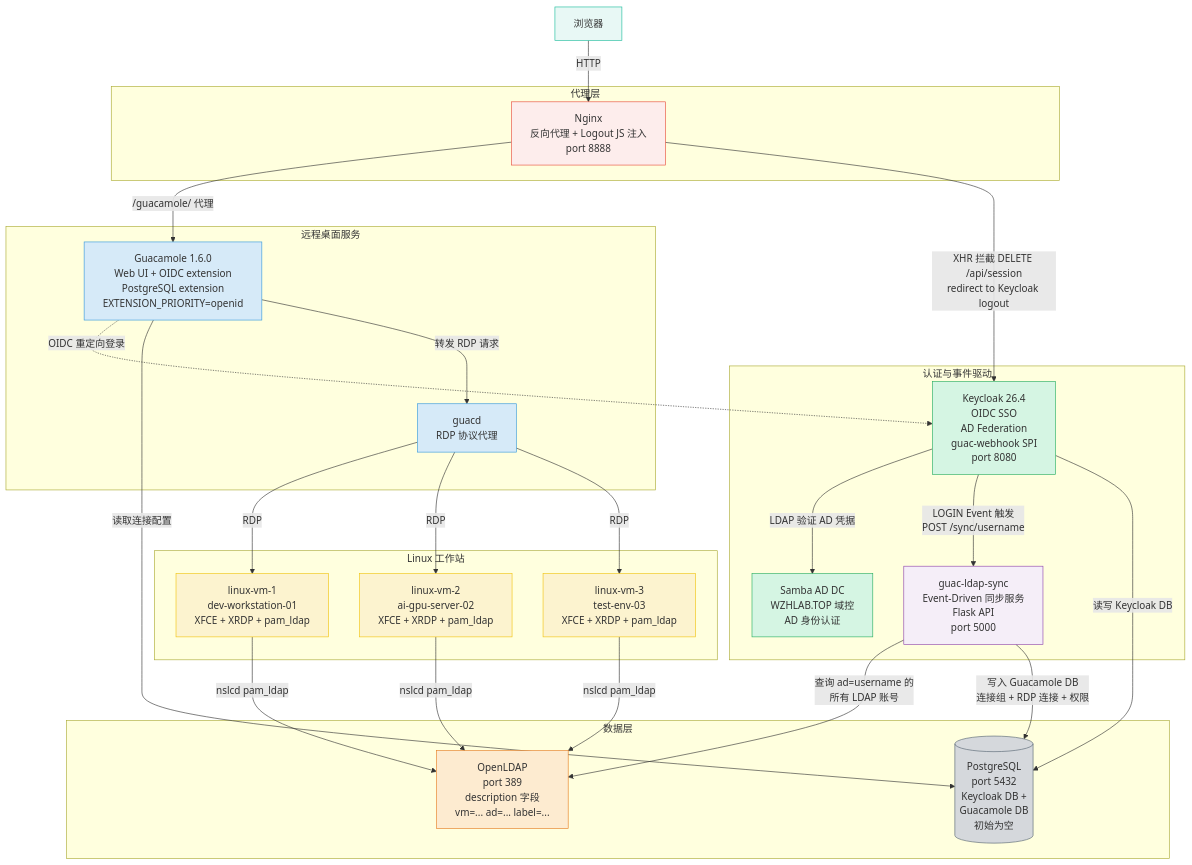
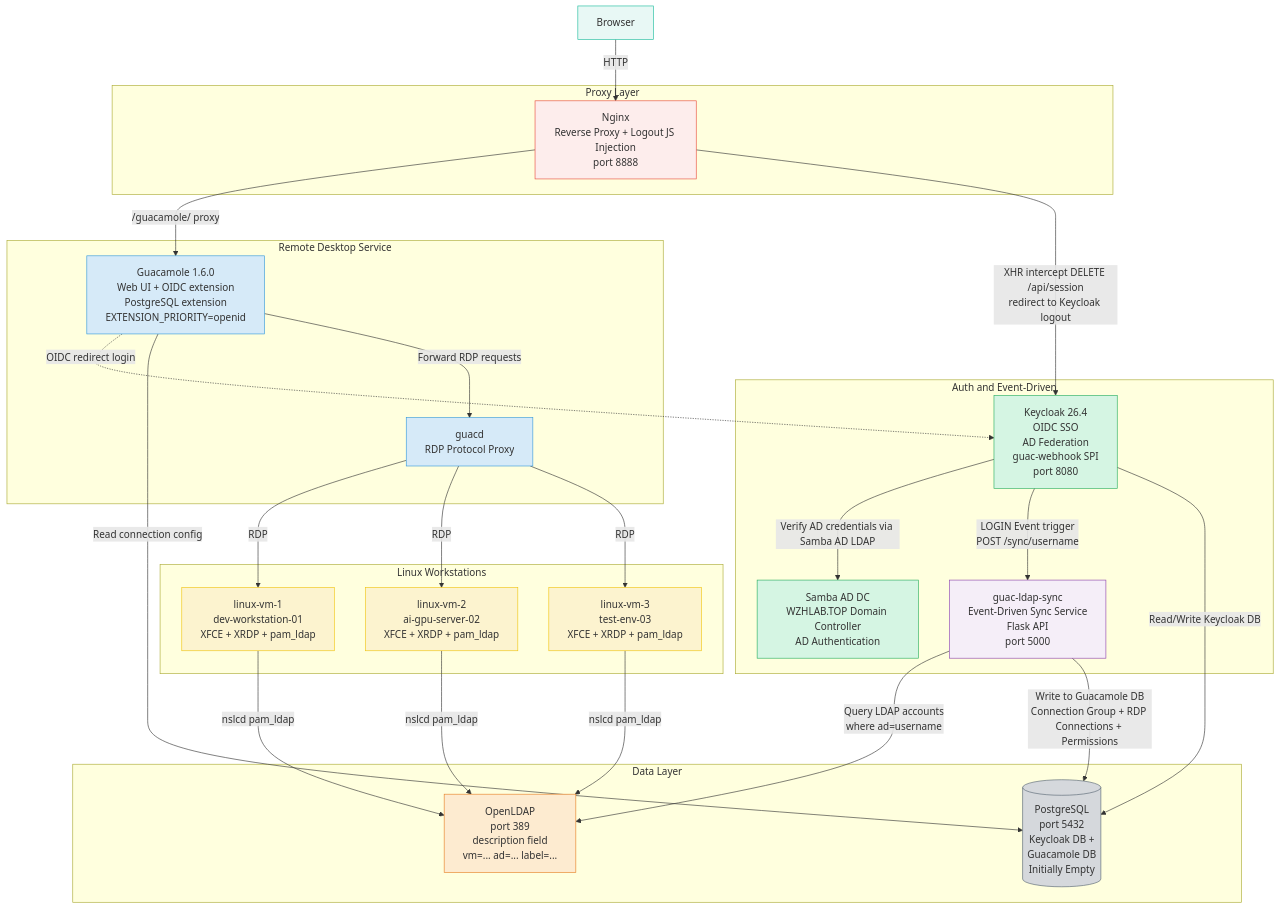
The diagram in redhat/notes/2026/2026.03.rhbk.ad.demo.deploy.en.md (wangzheng422/docker_env), drawn with Mermaid before and after one commit. The commit also changed other lines of this file, not shown here.

Commit message:
docs: translate RHBK+AD+Guacamole deployment guide from Chinese to English

````diff
--- a/redhat/notes/2026/2026.03.rhbk.ad.demo.deploy.en.md
+++ b/redhat/notes/2026/2026.03.rhbk.ad.demo.deploy.en.md
@@ -44,62 +44,62 @@
 ```mermaid
 flowchart TB
-    Browser[浏览器]
+    Browser[Browser]
 
-    subgraph 代理层
-        Nginx[Nginx<br/>反向代理 + Logout JS 注入<br/>port 8888]
+    subgraph Proxy Layer
+        Nginx[Nginx<br/>Reverse Proxy + Logout JS Injection<br/>port 8888]
     end
 
-    subgraph 远程桌面服务
+    subgraph Remote Desktop Service
         Guacamole[Guacamole 1.6.0<br/>Web UI + OIDC extension<br/>PostgreSQL extension<br/>EXTENSION_PRIORITY=openid]
-        Guacd[guacd<br/>RDP 协议代理]
+        Guacd[guacd<br/>RDP Protocol Proxy]
     end
 
-    subgraph 认证与事件驱动
+    subgraph Auth and Event-Driven
         Keycloak[Keycloak 26.4<br/>OIDC SSO<br/>AD Federation<br/>guac-webhook SPI<br/>port 8080]
-        SambaAD[Samba AD DC<br/>WZHLAB.TOP 域控<br/>AD 身份认证]
-        Sync[guac-ldap-sync<br/>Event-Driven 同步服务<br/>Flask API<br/>port 5000]
+        SambaAD[Samba AD DC<br/>WZHLAB.TOP Domain Controller<br/>AD Authentication]
+        Sync[guac-ldap-sync<br/>Event-Driven Sync Service<br/>Flask API<br/>port 5000]
     end
 
-    subgraph Linux 工作站
+    subgraph Linux Workstations
         VM1[linux-vm-1<br/>dev-workstation-01<br/>XFCE + XRDP + pam_ldap]
         VM2[linux-vm-2<br/>ai-gpu-server-02<br/>XFCE + XRDP + pam_ldap]
         VM3[linux-vm-3<br/>test-env-03<br/>XFCE + XRDP + pam_ldap]
     end
 
-    subgraph 数据层
-        OpenLDAP[OpenLDAP<br/>port 389<br/>description 字段<br/>vm=... ad=... label=...]
-        PG[(PostgreSQL<br/>port 5432<br/>Keycloak DB +<br/>Guacamole DB<br/>初始为空)]
+    subgraph Data Layer
+        OpenLDAP[OpenLDAP<br/>port 389<br/>description field<br/>vm=... ad=... label=...]
+        PG[(PostgreSQL<br/>port 5432<br/>Keycloak DB +<br/>Guacamole DB<br/>Initially Empty)]
     end
 
     Browser -- "HTTP" --> Nginx
-    Nginx -- "/guacamole/ 代理" --> Guacamole
-    Nginx -- "XHR 拦截 DELETE /api/session<br/>redirect to Keycloak logout" --> Keycloak
-    Guacamole -. "OIDC 重定向登录" .-> Keycloak
-    Keycloak -- "LDAP 验证 AD 凭据" --> SambaAD
-    Keycloak -- "LOGIN Event 触发<br/>POST /sync/username" --> Sync
-    Sync -- "查询 ad=username 的<br/>所有 LDAP 账号" --> OpenLDAP
-    Sync -- "写入 Guacamole DB<br/>连接组 + RDP 连接 + 权限" --> PG
-    Guacamole -- "读取连接配置" --> PG
-    Keycloak -- "读写 Keycloak DB" --> PG
-    Guacamole -- "转发 RDP 请求" --> Guacd
+    Nginx -- "/guacamole/ proxy" --> Guacamole
+    Nginx -- "XHR intercept DELETE /api/session<br/>redirect to Keycloak logout" --> Keycloak
+    Guacamole -. "OIDC redirect login" .-> Keycloak
+    Keycloak -- "Verify AD credentials via Samba AD LDAP" --> SambaAD
+    Keycloak -- "LOGIN Event trigger<br/>POST /sync/username" --> Sync
+    Sync -- "Query LDAP accounts<br/>where ad=username" --> OpenLDAP
+    Sync -- "Write to Guacamole DB<br/>Connection Group + RDP Connections + Permissions" --> PG
+    Guacamole -- "Read connection config" --> PG
+    Keycloak -- "Read/Write Keycloak DB" --> PG
+    Guacamole -- "Forward RDP requests" --> Guacd
     Guacd -- "RDP" --> VM1
     Guacd -- "RDP" --> VM2
     Guacd -- "RDP" --> VM3
     VM1 -- "nslcd pam_ldap" --> OpenLDAP
     VM2 -- "nslcd pam_ldap" --> OpenLDAP
     VM3 -- "nslcd pam_ldap" --> OpenLDAP
 
     style Browser fill:#E8F8F5,stroke:#1ABC9C
     style Nginx fill:#FDEDEC,stroke:#E74C3C
     style Guacamole fill:#D6EAF8,stroke:#3498DB
     style Guacd fill:#D6EAF8,stroke:#3498DB
     style Keycloak fill:#D5F5E3,stroke:#27AE60
     style SambaAD fill:#D5F5E3,stroke:#27AE60
     style Sync fill:#F5EEF8,stroke:#8E44AD
     style VM1 fill:#FCF3CF,stroke:#F1C40F
     style VM2 fill:#FCF3CF,stroke:#F1C40F
     style VM3 fill:#FCF3CF,stroke:#F1C40F
     style OpenLDAP fill:#FDEBD0,stroke:#E67E22
     style PG fill:#D5D8DC,stroke:#566573
 
 ```
````
